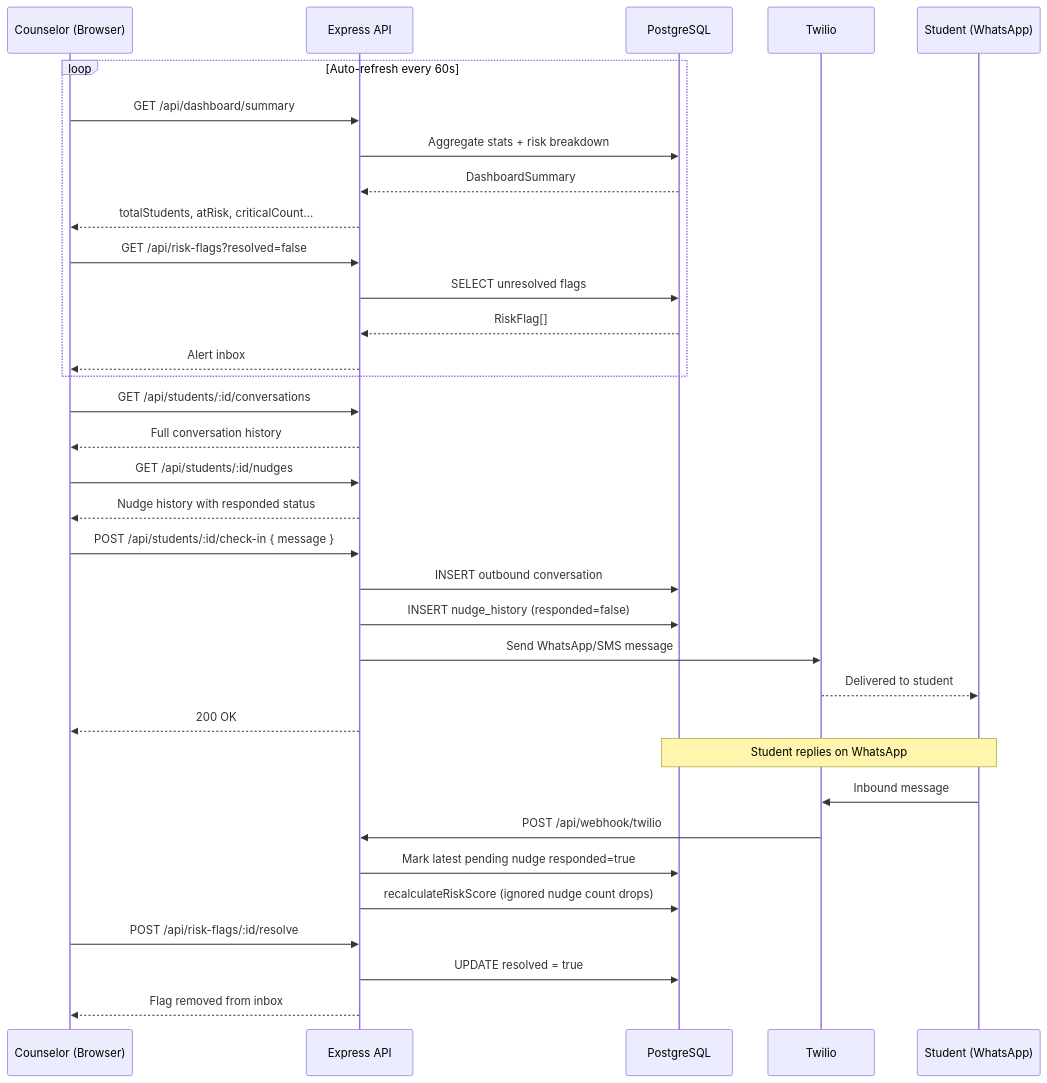
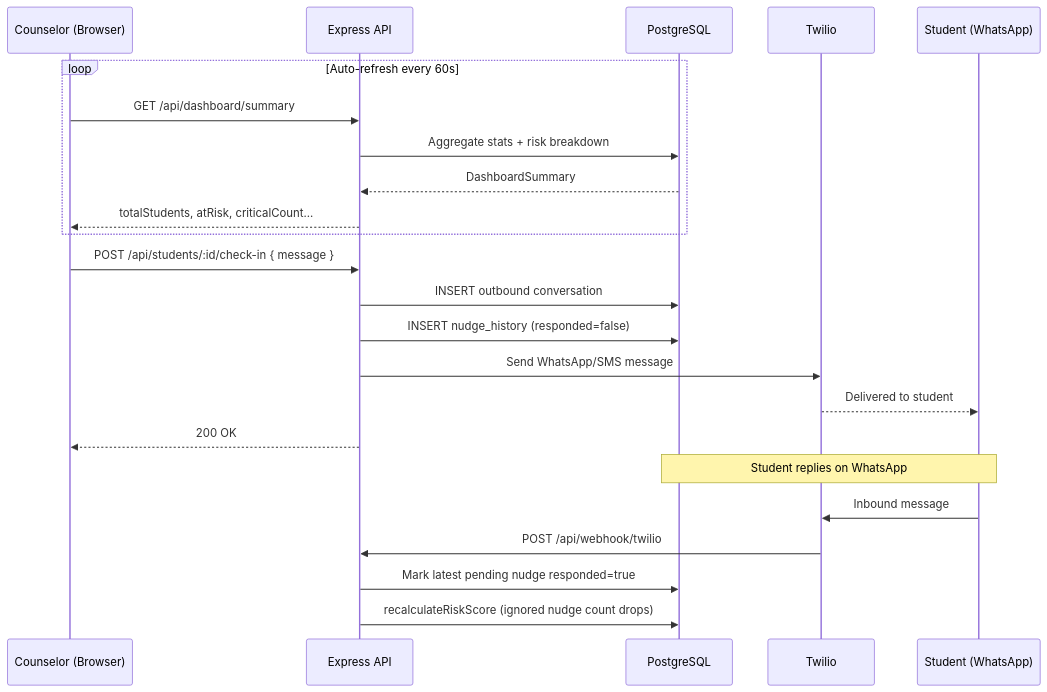
One commit to Mikram0604/lockedin4 changed the fourth of 4 diagrams in README.md. Above: the diagram before and after it, drawn with Mermaid. The commit also changed other lines of this file, not shown here.

Commit message:
docs: comprehensive README with architecture, API reference, and deployment guide

````diff
--- a/README.md
+++ b/README.md
@@ -112,43 +174,28 @@
 ```mermaid
 sequenceDiagram
     participant C as Counselor (Browser)
     participant API as Express API
     participant DB as PostgreSQL
     participant T as Twilio
     participant S as Student (WhatsApp)
 
     loop Auto-refresh every 60s
         C->>API: GET /api/dashboard/summary
         API->>DB: Aggregate stats + risk breakdown
         DB-->>API: DashboardSummary
         API-->>C: totalStudents, atRisk, criticalCount...
-
-        C->>API: GET /api/risk-flags?resolved=false
-        API->>DB: SELECT unresolved flags
-        DB-->>API: RiskFlag[]
-        API-->>C: Alert inbox
     end
-
-    C->>API: GET /api/students/:id/conversations
-    API-->>C: Full conversation history
-
-    C->>API: GET /api/students/:id/nudges
-    API-->>C: Nudge history with responded status
 
     C->>API: POST /api/students/:id/check-in { message }
     API->>DB: INSERT outbound conversation
     API->>DB: INSERT nudge_history (responded=false)
     API->>T: Send WhatsApp/SMS message
     T-->>S: Delivered to student
     API-->>C: 200 OK
 
     Note over S,DB: Student replies on WhatsApp
     S->>T: Inbound message
     T->>API: POST /api/webhook/twilio
     API->>DB: Mark latest pending nudge responded=true
     API->>DB: recalculateRiskScore (ignored nudge count drops)
-
-    C->>API: POST /api/risk-flags/:id/resolve
-    API->>DB: UPDATE resolved = true
-    API-->>C: Flag removed from inbox
 ```
````
